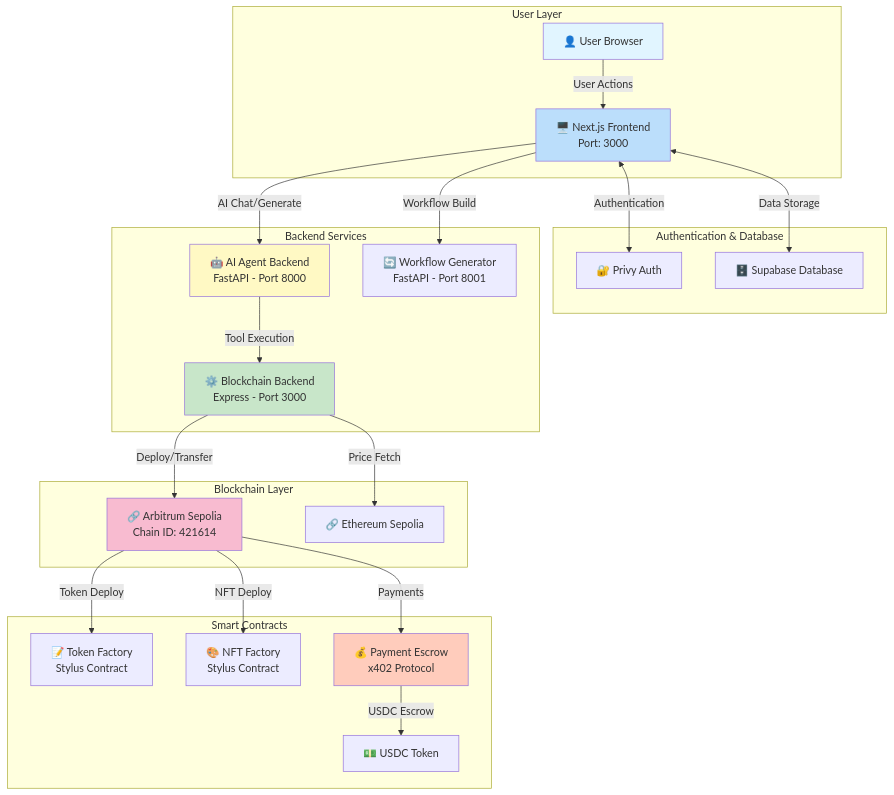
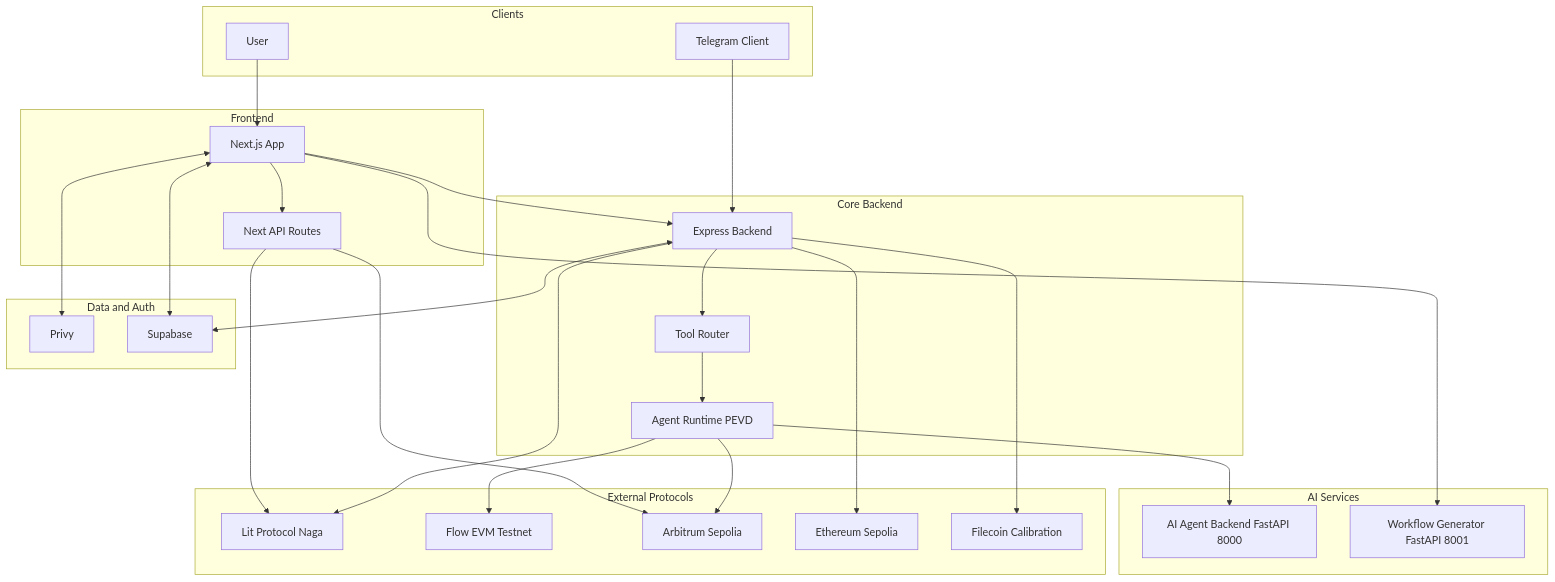
Before and after one commit to Jayesh-Kr/BlockOPS: the first of 15 diagrams in WORKFLOW_DIAGRAM.md, drawn with Mermaid. The commit also changed other lines of this file and 7 other files, not shown here.

````diff
--- a/WORKFLOW_DIAGRAM.md
+++ b/WORKFLOW_DIAGRAM.md
@@ -9,50 +7,56 @@
 ```mermaid
 graph TB
-    subgraph "User Layer"
-        U[👤 User Browser]
-        UI[🖥️ Next.js Frontend<br/>Port: 3000]
+    subgraph Clients
+        U[User]
+        TG[Telegram Client]
     end
-    
-    subgraph "Authentication & Database"
-        PRIVY[🔐 Privy Auth]
-        SUPA[🗄️ Supabase Database]
+
+    subgraph Frontend
+        FE[Next.js App]
+        NAPI[Next API Routes]
     end
-    
-    subgraph "Backend Services"
-        AI[🤖 AI Agent Backend<br/>FastAPI - Port 8000]
-        BK[⚙️ Blockchain Backend<br/>Express - Port 3000]
-        WF[🔄 Workflow Generator<br/>FastAPI - Port 8001]
+
+    subgraph Core Backend
+        BE[Express Backend]
+        RT[Agent Runtime PEVD]
+        TR[Tool Router]
     end
-    
-    subgraph "Blockchain Layer"
-        ARB[🔗 Arbitrum Sepolia<br/>Chain ID: 421614]
-        ETH[🔗 Ethereum Sepolia]
+
+    subgraph AI Services
+        AGENT[AI Agent Backend FastAPI 8000]
+        WF[Workflow Generator FastAPI 8001]
     end
-    
-    subgraph "Smart Contracts"
-        TF[📝 Token Factory<br/>Stylus Contract]
-        NF[🎨 NFT Factory<br/>Stylus Contract]
-        PE[💰 Payment Escrow<br/>x402 Protocol]
-        USDC[💵 USDC Token]
+
+    subgraph Data and Auth
+        PRIVY[Privy]
+        SUPA[Supabase]
     end
-    
-    U -->|User Actions| UI
-    UI <-->|Authentication| PRIVY
-    UI <-->|Data Storage| SUPA
-    UI -->|AI Chat/Generate| AI
-    UI -->|Workflow Build| WF
-    AI -->|Tool Execution| BK
-    BK -->|Deploy/Transfer| ARB
-    BK -->|Price Fetch| ETH
-    ARB -->|Token Deploy| TF
-    ARB -->|NFT Deploy| NF
-    ARB -->|Payments| PE
-    PE -->|USDC Escrow| USDC
-    
-    style U fill:#e1f5ff
-    style UI fill:#bbdefb
-    style AI fill:#fff9c4
-    style BK fill:#c8e6c9
-    style ARB fill:#f8bbd0
-    style PE fill:#ffccbc
+
+    subgraph External Protocols
+        LIT[Lit Protocol Naga]
+        FLOW[Flow EVM Testnet]
+        ARB[Arbitrum Sepolia]
+        ETHL1[Ethereum Sepolia]
+        FC[Filecoin Calibration]
+    end
+
+    U --> FE
+    TG --> BE
+    FE <--> PRIVY
+    FE <--> SUPA
+    FE --> BE
+    FE --> WF
+    FE --> NAPI
+    NAPI --> LIT
+    NAPI --> ARB
+
+    BE --> TR
+    TR --> RT
+    RT --> AGENT
+    RT --> FLOW
+    RT --> ARB
+    BE --> ETHL1
+    BE <--> SUPA
+    BE --> LIT
+    BE --> FC
 ```
````
